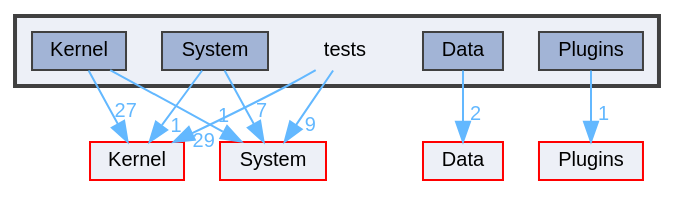
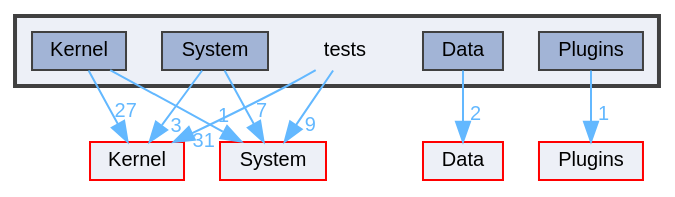
One commit to XmacsLabs/lolly changed the diagram in dir_59425e443f801f1f2fd8bbe4959a3ccf_dep.dot. Above: the diagram before and after it, drawn with Graphviz. The commit also changed 100 other files, not shown here.

```diff
--- a/dir_59425e443f801f1f2fd8bbe4959a3ccf_dep.dot
+++ b/dir_59425e443f801f1f2fd8bbe4959a3ccf_dep.dot
@@ -1,28 +1,28 @@
 digraph "tests"
 {
  // LATEX_PDF_SIZE
   bgcolor="transparent";
   edge [fontname=Helvetica,fontsize=10,labelfontname=Helvetica,labelfontsize=10];
   node [fontname=Helvetica,fontsize=10,shape=box,height=0.2,width=0.4];
   compound=true
   subgraph clusterdir_59425e443f801f1f2fd8bbe4959a3ccf {
     graph [ bgcolor="#edf0f7", pencolor="grey25", label="", fontname=Helvetica,fontsize=10 style="filled,bold", URL="dir_59425e443f801f1f2fd8bbe4959a3ccf.html",tooltip=""]
     dir_59425e443f801f1f2fd8bbe4959a3ccf [shape=plaintext, label="tests"];
   dir_0e16d6e1be87168091a429944e6ef96f [label="Data", fillcolor="#a2b4d6", color="grey25", style="filled", URL="dir_0e16d6e1be87168091a429944e6ef96f.html",tooltip=""];
   dir_b3a824bd1972d499ced956e15ea89baa [label="Kernel", fillcolor="#a2b4d6", color="grey25", style="filled", URL="dir_b3a824bd1972d499ced956e15ea89baa.html",tooltip=""];
   dir_af7bcefbbb496199549bd54ccbbd8754 [label="Plugins", fillcolor="#a2b4d6", color="grey25", style="filled", URL="dir_af7bcefbbb496199549bd54ccbbd8754.html",tooltip=""];
   dir_df16762c41d55ab81241d1dd50493298 [label="System", fillcolor="#a2b4d6", color="grey25", style="filled", URL="dir_df16762c41d55ab81241d1dd50493298.html",tooltip=""];
   }
   dir_0b4eaef40a1fe20bedafe9e8e719ce66 [label="Plugins", fillcolor="#edf0f7", color="red", style="filled", URL="dir_0b4eaef40a1fe20bedafe9e8e719ce66.html",tooltip=""];
   dir_52bed8acfaac088d5968cb2c84d7645d [label="Kernel", fillcolor="#edf0f7", color="red", style="filled", URL="dir_52bed8acfaac088d5968cb2c84d7645d.html",tooltip=""];
   dir_9af51e3826d4f9e80d9103b2de543e84 [label="System", fillcolor="#edf0f7", color="red", style="filled", URL="dir_9af51e3826d4f9e80d9103b2de543e84.html",tooltip=""];
   dir_e3d743d0ec9b4013b28b5d69101bc7fb [label="Data", fillcolor="#edf0f7", color="red", style="filled", URL="dir_e3d743d0ec9b4013b28b5d69101bc7fb.html",tooltip=""];
-  dir_59425e443f801f1f2fd8bbe4959a3ccf->dir_52bed8acfaac088d5968cb2c84d7645d [headlabel="29", labeldistance=1.5 headhref="dir_000031_000018.html" color="steelblue1" fontcolor="steelblue1"];
+  dir_59425e443f801f1f2fd8bbe4959a3ccf->dir_52bed8acfaac088d5968cb2c84d7645d [headlabel="31", labeldistance=1.5 headhref="dir_000031_000018.html" color="steelblue1" fontcolor="steelblue1"];
   dir_59425e443f801f1f2fd8bbe4959a3ccf->dir_9af51e3826d4f9e80d9103b2de543e84 [headlabel="9", labeldistance=1.5 headhref="dir_000031_000029.html" color="steelblue1" fontcolor="steelblue1"];
   dir_0e16d6e1be87168091a429944e6ef96f->dir_e3d743d0ec9b4013b28b5d69101bc7fb [headlabel="2", labeldistance=1.5 headhref="dir_000010_000009.html" color="steelblue1" fontcolor="steelblue1"];
   dir_b3a824bd1972d499ced956e15ea89baa->dir_52bed8acfaac088d5968cb2c84d7645d [headlabel="27", labeldistance=1.5 headhref="dir_000019_000018.html" color="steelblue1" fontcolor="steelblue1"];
   dir_b3a824bd1972d499ced956e15ea89baa->dir_9af51e3826d4f9e80d9103b2de543e84 [headlabel="1", labeldistance=1.5 headhref="dir_000019_000029.html" color="steelblue1" fontcolor="steelblue1"];
   dir_af7bcefbbb496199549bd54ccbbd8754->dir_0b4eaef40a1fe20bedafe9e8e719ce66 [headlabel="1", labeldistance=1.5 headhref="dir_000025_000024.html" color="steelblue1" fontcolor="steelblue1"];
-  dir_df16762c41d55ab81241d1dd50493298->dir_52bed8acfaac088d5968cb2c84d7645d [headlabel="1", labeldistance=1.5 headhref="dir_000030_000018.html" color="steelblue1" fontcolor="steelblue1"];
+  dir_df16762c41d55ab81241d1dd50493298->dir_52bed8acfaac088d5968cb2c84d7645d [headlabel="3", labeldistance=1.5 headhref="dir_000030_000018.html" color="steelblue1" fontcolor="steelblue1"];
   dir_df16762c41d55ab81241d1dd50493298->dir_9af51e3826d4f9e80d9103b2de543e84 [headlabel="7", labeldistance=1.5 headhref="dir_000030_000029.html" color="steelblue1" fontcolor="steelblue1"];
 }
```
